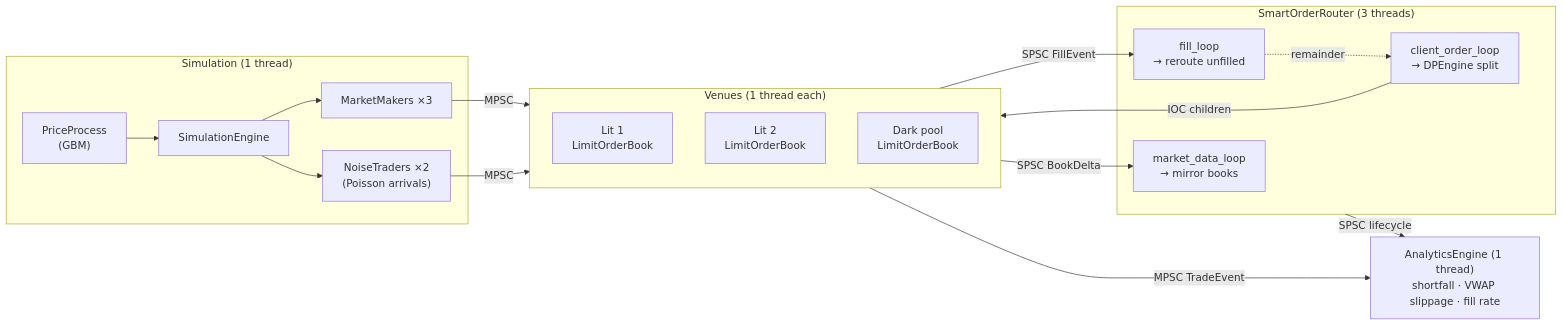
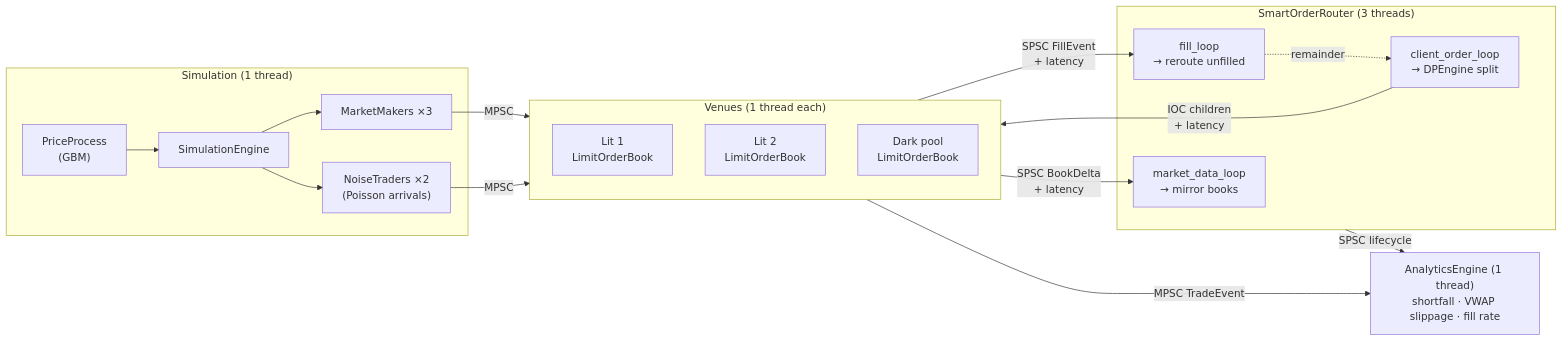
Before and after one commit to Hamz714/High-Frequency-Trading-Smart-Order-Router: the diagram in README.md, drawn with Mermaid. The commit also changed other lines of this file and 13 other files, not shown here.

````diff
--- a/README.md
+++ b/README.md
@@ -118,31 +206,31 @@
 ```mermaid
 flowchart LR
     subgraph sim["Simulation (1 thread)"]
         PP["PriceProcess<br/>(GBM)"] --> SE[SimulationEngine]
         SE --> MM["MarketMakers ×3"]
         SE --> NT["NoiseTraders ×2<br/>(Poisson arrivals)"]
     end
 
     subgraph venues["Venues (1 thread each)"]
         V1["Lit 1<br/>LimitOrderBook"]
         V2["Lit 2<br/>LimitOrderBook"]
         V3["Dark pool<br/>LimitOrderBook"]
     end
 
     subgraph router["SmartOrderRouter (3 threads)"]
         MD["market_data_loop<br/>→ mirror books"]
         OL["client_order_loop<br/>→ DPEngine split"]
         FL["fill_loop<br/>→ reroute unfilled"]
     end
 
     AE["AnalyticsEngine (1 thread)<br/>shortfall · VWAP slippage · fill rate"]
 
     MM -->|MPSC| venues
     NT -->|MPSC| venues
-    venues -->|SPSC BookDelta| MD
-    venues -->|SPSC FillEvent| FL
-    OL -->|IOC children| venues
+    venues -->|"SPSC BookDelta<br/>+ latency"| MD
+    venues -->|"SPSC FillEvent<br/>+ latency"| FL
+    OL -->|"IOC children<br/>+ latency"| venues
     FL -.->|remainder| OL
     venues -->|MPSC TradeEvent| AE
     router -->|SPSC lifecycle| AE
 ```
````
